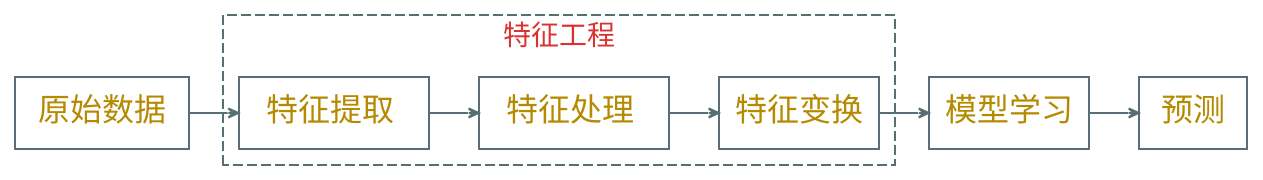
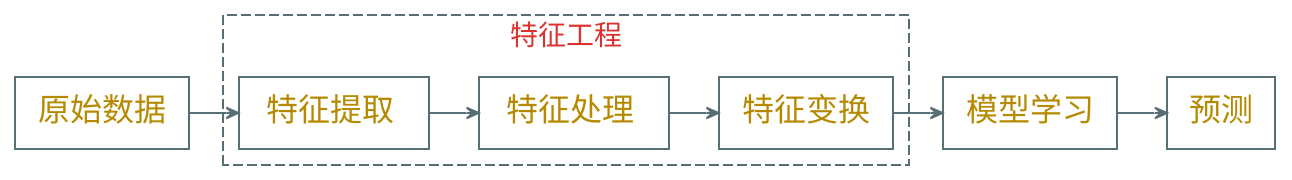
Before and after one commit to Avanti1980/presentation: the diagram in dot/ml-old.dot, drawn with Graphviz. The commit also changed 49 other files, not shown here.

```diff
--- a/dot/ml-old.dot
+++ b/dot/ml-old.dot
@@ -1,18 +1,18 @@
 digraph g {
+    bgcolor=transparent
     graph [nodesep=0.35, ranksep=0.35]
     rankdir=LR
-    node [shape=box color="#586e75" fontname="EBG,LXGW" fontcolor="#b58900" fontsize=16]
-    edge [arrowhead=vee color="#586e75" fontname="EBG,LXGW" fontcolor="#268bd2" fontsize=16 arrowsize=0.5]
-    bgcolor="transparent"
+    node [shape=box, color="#586e75", fontname="LXGWWenKai", fontcolor="#b58900", fontsize=16]
+    edge [arrowhead=vee, color="#586e75", fontname="LXGWWenKai", fontcolor="#268bd2", fontsize=16, arrowsize=0.6]
 
-    " 原始数据 " -> "  特征提取  " -> "  特征处理  " -> 特征变换 -> 模型学习 -> 预测
+    " 原始数据 " -> "  特征提取  " -> "  特征处理  " -> " 特征变换 " -> " 模型学习 " -> 预测
 
     subgraph cluster_1 {
         color="#586e75"
         fontcolor="#dc322f"
-        fontname="EBG,LXGW"
+        fontname="LXGWWenKai"
         style="dashed"
         label="特征工程"
-        "  特征提取  " "  特征处理  " 特征变换
+        "  特征提取  ", "  特征处理  ", " 特征变换 "
     }
 }
```
